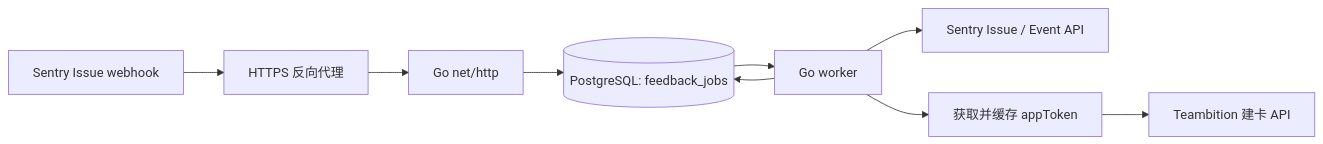
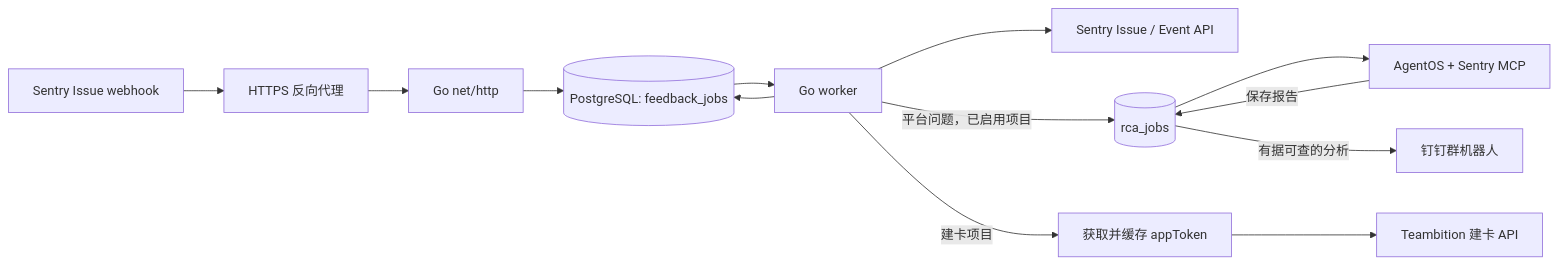
The first of 2 diagrams in docs/architecture.md (HarperGG/sentry-adapter), drawn with Mermaid before and after one commit. The commit also changed other lines of this file and 20 other files, not shown here.

````diff
--- a/docs/architecture.md
+++ b/docs/architecture.md
@@ -19,11 +19,15 @@
 ```mermaid
 flowchart LR
     S[Sentry Issue webhook] --> P[HTTPS 反向代理]
     P --> H[Go net/http]
     H --> D[(PostgreSQL: feedback_jobs)]
     D --> W[Go worker]
     W --> SA[Sentry Issue / Event API]
-    W --> J[获取并缓存 appToken]
+    W -->|平台问题，已启用项目| R[(rca_jobs)]
+    R --> A[AgentOS + Sentry MCP]
+    A -->|保存报告| R
+    R -->|有据可查的分析| DT[钉钉群机器人]
+    W -->|建卡项目| J[获取并缓存 appToken]
     J --> TA[Teambition 建卡 API]
     W --> D
 ```
````
